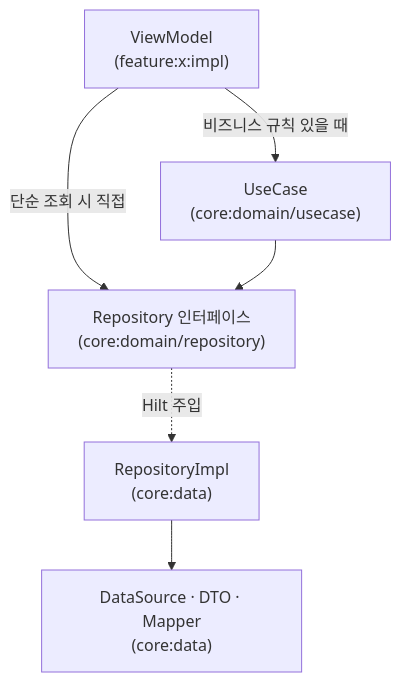
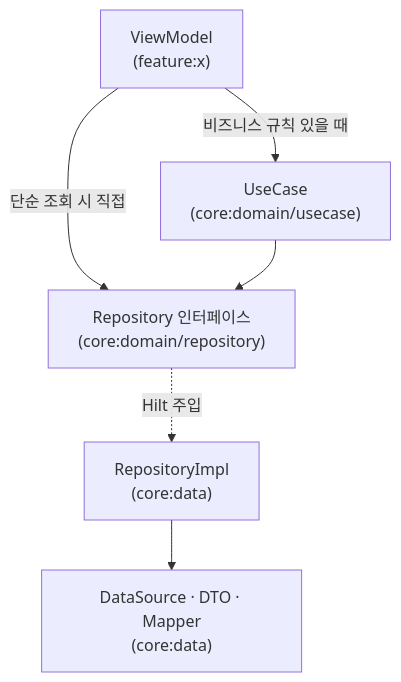
Before and after one commit to mash-up-kr/Team-MINO-Android: the diagram in core/domain/README.md, drawn with Mermaid. The commit also changed 20 other files, not shown here.

````diff
--- a/core/domain/README.md
+++ b/core/domain/README.md
@@ -23,14 +23,14 @@
 ```mermaid
 flowchart TD
-    VM["ViewModel\n(feature:x:impl)"]
+    VM["ViewModel\n(feature:x)"]
     UC["UseCase\n(core:domain/usecase)"]
     RI["Repository 인터페이스\n(core:domain/repository)"]
     Impl["RepositoryImpl\n(core:data)"]
     DS["DataSource · DTO · Mapper\n(core:data)"]
 
     VM -->|"비즈니스 규칙 있을 때"| UC
     VM -->|"단순 조회 시 직접"| RI
     UC --> RI
     RI -.->|"Hilt 주입"| Impl
     Impl --> DS
 ```
````
